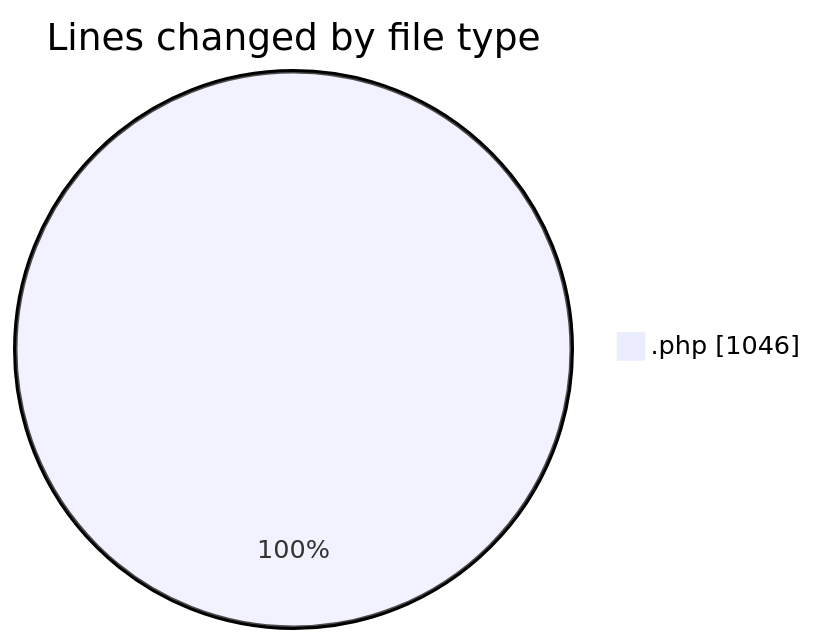
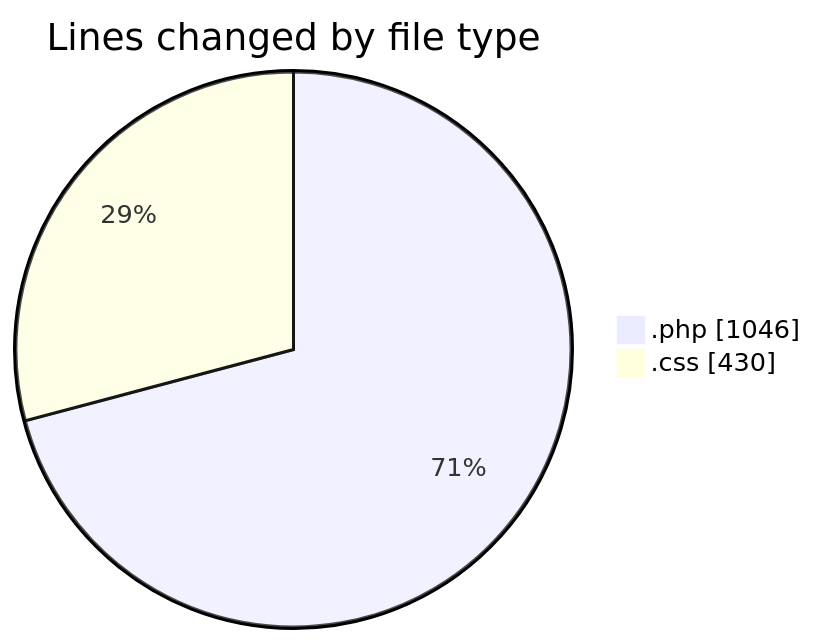
Before and after one commit to LanceThiago/code-tracking: the first of 2 diagrams in 2026-09-15/web/README.md, drawn with Mermaid. The commit also changed other lines of this file and 1 other file, not shown here.

````diff
--- a/2026-09-15/web/README.md
+++ b/2026-09-15/web/README.md
@@ -26,5 +27,6 @@
 ```mermaid
 pie showData
 title Lines changed by file type
 ".php" : 1046
+".css" : 430
 ```
````
